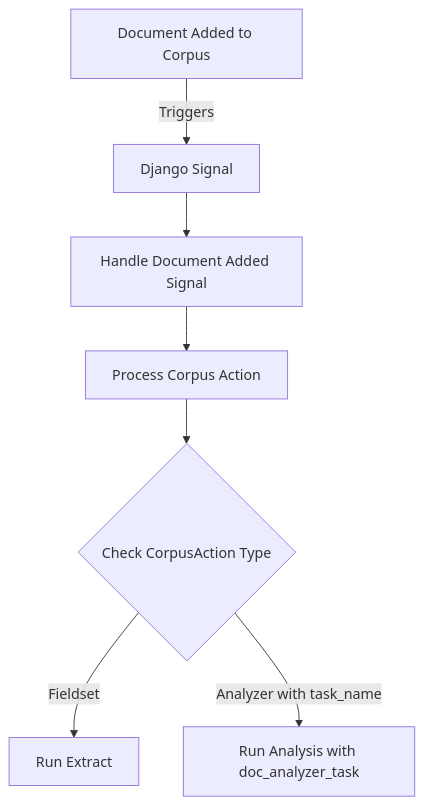
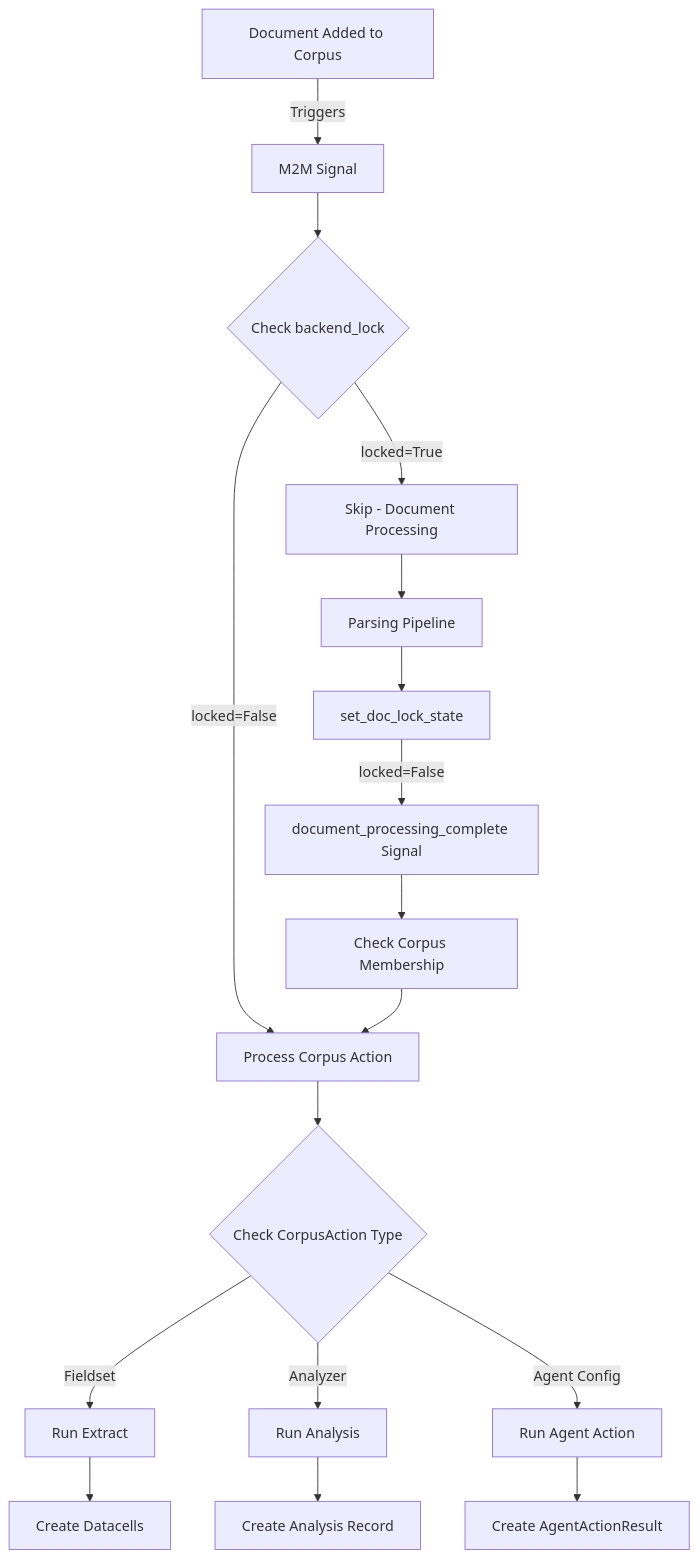
The diagram in docs/architecture/opencontract-corpus-actions.md (baichuanping/OpenContracts), drawn with Mermaid before and after one commit. The commit also changed other lines of this file and 33 other files, not shown here.

First line of the commit message:
feat: Add agent-based corpus actions with deferred execution

````diff
--- a/docs/architecture/opencontract-corpus-actions.md
+++ b/docs/architecture/opencontract-corpus-actions.md
@@ -24,9 +31,22 @@
 ```mermaid
 graph TD
-    A[Document Added to Corpus] -->|Triggers| B[Django Signal]
-    B --> C[Handle Document Added Signal]
-    C --> D[Process Corpus Action]
-    D --> E{Check CorpusAction Type}
-    E -->|Fieldset| F[Run Extract]
-    E -->|Analyzer with task_name| G[Run Analysis with doc_analyzer_task]
+    A[Document Added to Corpus] -->|Triggers| B[M2M Signal]
+    B --> C{Check backend_lock}
+    C -->|locked=True| D[Skip - Document Processing]
+    C -->|locked=False| E[Process Corpus Action]
+
+    D --> F[Parsing Pipeline]
+    F --> G[set_doc_lock_state]
+    G -->|locked=False| H[document_processing_complete Signal]
+    H --> I[Check Corpus Membership]
+    I --> E
+
+    E --> J{Check CorpusAction Type}
+    J -->|Fieldset| K[Run Extract]
+    J -->|Analyzer| L[Run Analysis]
+    J -->|Agent Config| M[Run Agent Action]
+
+    K --> N[Create Datacells]
+    L --> O[Create Analysis Record]
+    M --> P[Create AgentActionResult]
 ```
````
